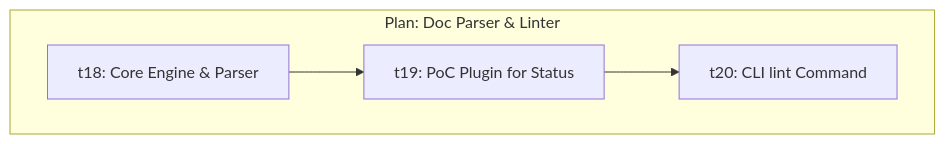
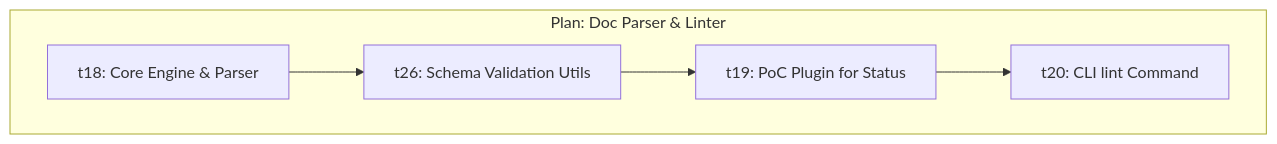
Before and after one commit to livelifelively/documentation-driven-development-tools: the third of 7 diagrams in docs/requirements/p1.p5-doc-parser.plan.md, drawn with Mermaid. The commit also changed other lines of this file and 3 other files, not shown here.

````diff
--- a/docs/requirements/p1.p5-doc-parser.plan.md
+++ b/docs/requirements/p1.p5-doc-parser.plan.md
@@ -155,11 +156,13 @@
 ```mermaid
 graph TD
     subgraph "Plan: Doc Parser & Linter"
         t18["t18: Core Engine & Parser"]
+        t26["t26: Schema Validation Utils"]
         t19["t19: PoC Plugin for Status"]
         t20["t20: CLI lint Command"]
     end
 
-    t18 --> t19
+    t18 --> t26
+    t26 --> t19
     t19 --> t20
 ```
````
